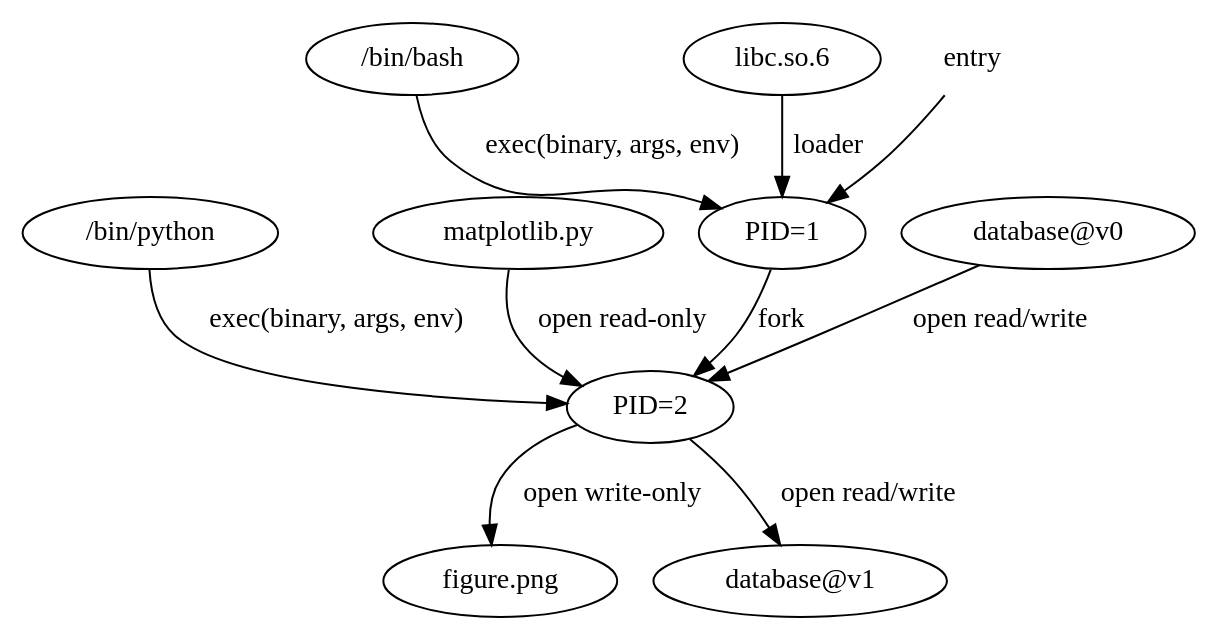
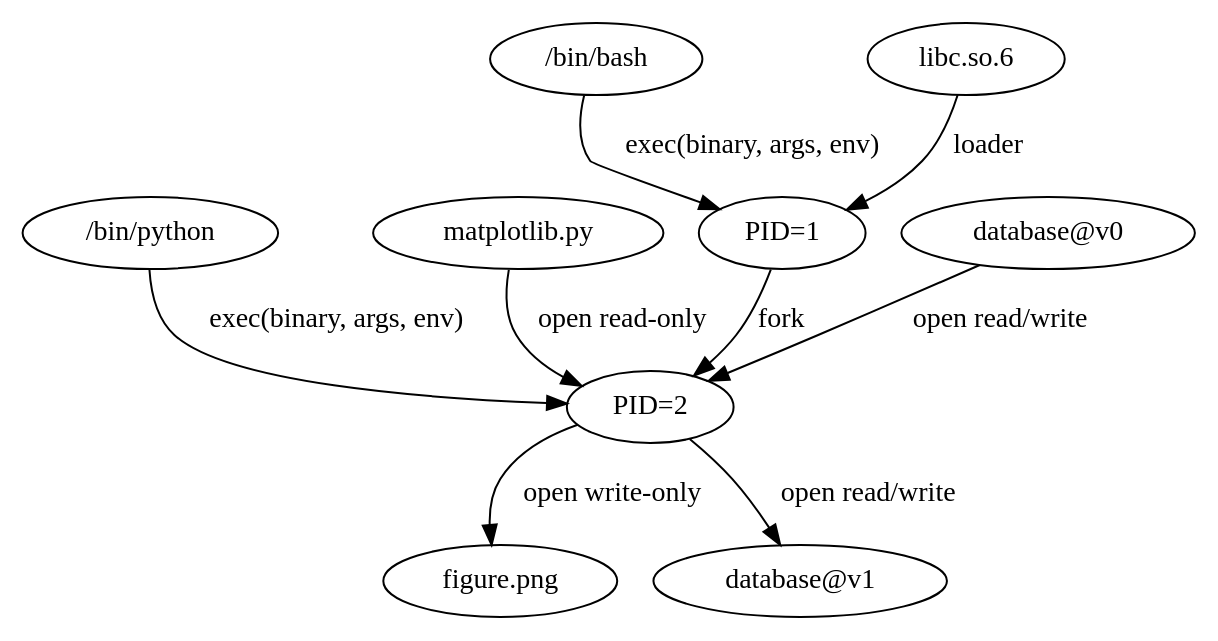
Before and after one commit to charmoniumQ/PROBE: the diagram in docs/benchmark_suite/prov-example.dot, drawn with Graphviz. The commit also changed 14 other files, not shown here.

```diff
--- a/docs/benchmark_suite/prov-example.dot
+++ b/docs/benchmark_suite/prov-example.dot
@@ -1,25 +1,22 @@
 digraph G {
 
   node [label="figure.png"] graph_png;
   node [label="/bin/python"] python;
   node [label="matplotlib.py"] matplotlib;
   node [label="PID=2"] proc2;
   node [label="PID=1"] proc1;
   node [label="/bin/bash"] bash;
   node [label="libc.so.6"] libc;
   node [label="database@v0"] database0;
   node [label="database@v1"] database1;
-  node [label="entry", shape="none"] user;
-
-  user -> proc1;
 
   bash -> proc1 [label="exec(binary, args, env)"];
   libc -> proc1 [label="loader"];
   proc1 -> proc2 [label="fork"];
 
   python -> proc2 [label="exec(binary, args, env)"];
   matplotlib -> proc2 [label="open read-only"];
   database0 -> proc2 [label="open read/write"];
   proc2 -> database1 [label="open read/write"];
   proc2 -> graph_png [label="open write-only"];
 }
```
